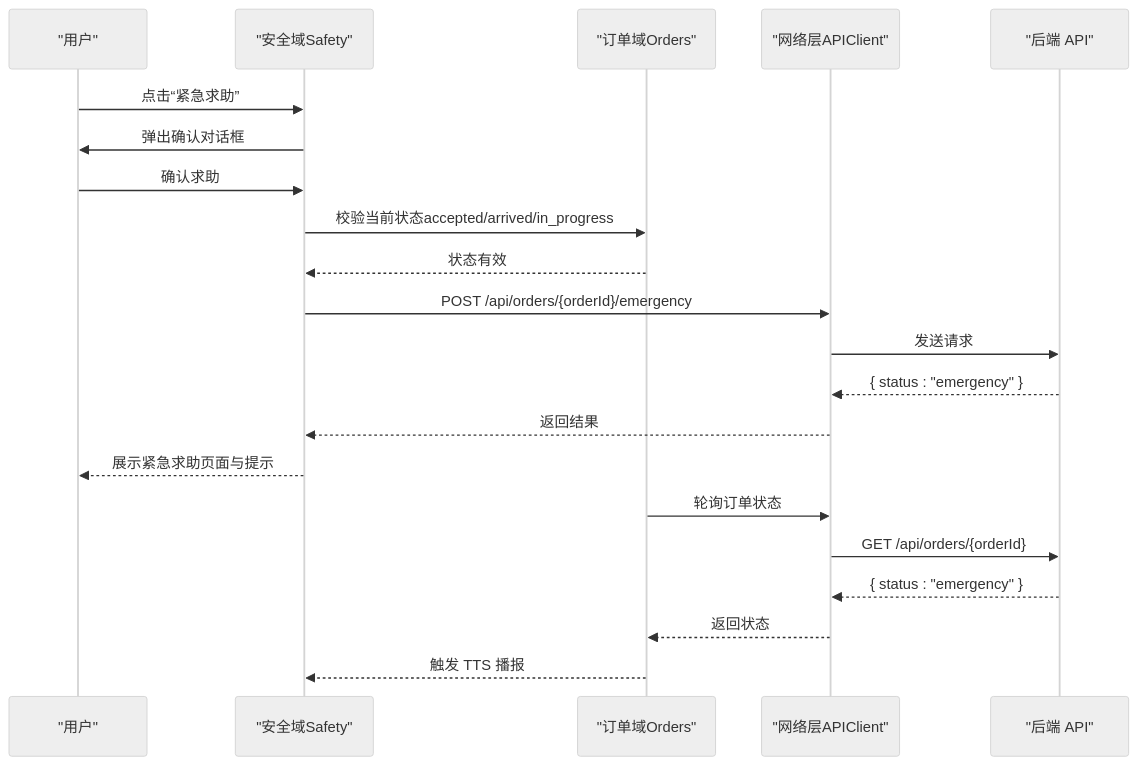
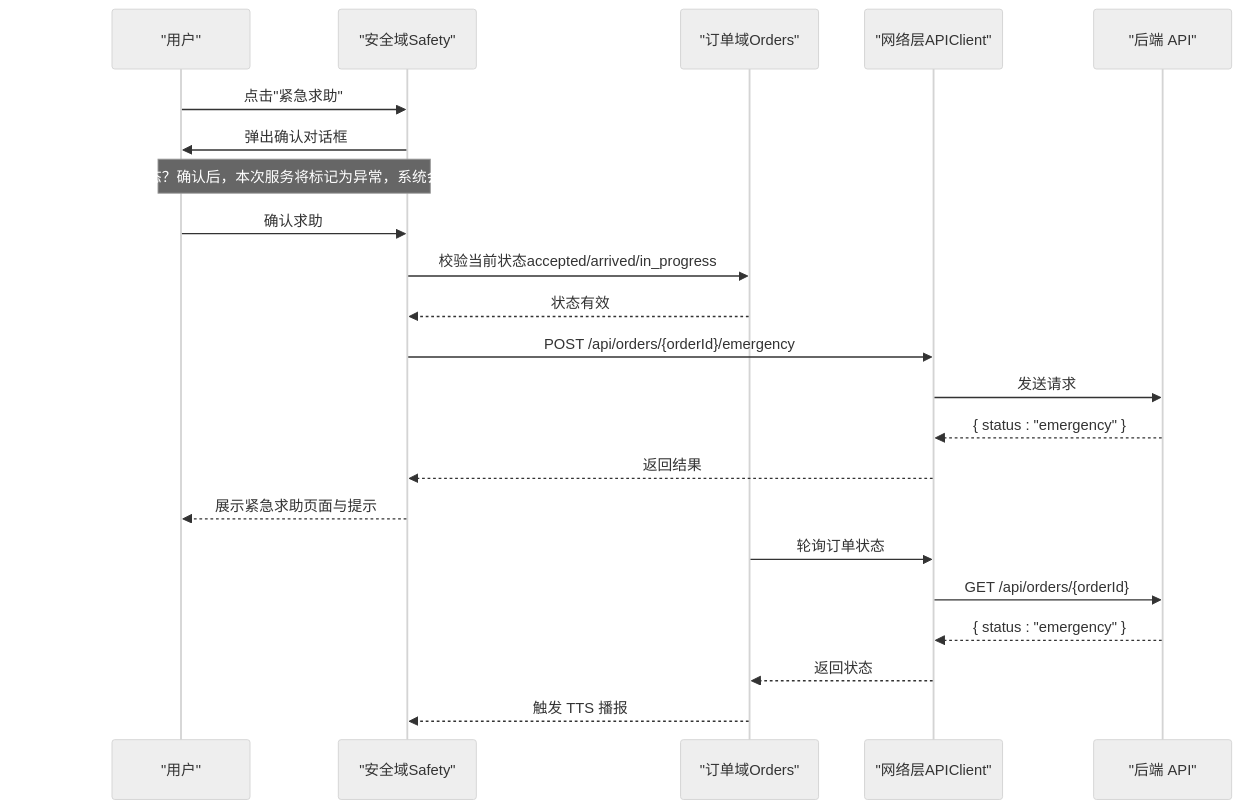
One commit to Jayden23018/blind-run-ios changed the third of 7 diagrams in .qoder/repowiki/zh/content/核心功能模块/安全系统.md. Above: the diagram before and after it, drawn with Mermaid (neutral theme). The commit also changed other lines of this file and 10 other files, not shown here.

````diff
--- a/.qoder/repowiki/zh/content/核心功能模块/安全系统.md
+++ b/.qoder/repowiki/zh/content/核心功能模块/安全系统.md
@@ -117,23 +129,24 @@
 ```mermaid
 sequenceDiagram
 participant U as "用户"
 participant S as "安全域Safety"
 participant O as "订单域Orders"
 participant N as "网络层APIClient"
 participant B as "后端 API"
-U->>S : 点击“紧急求助”
+U->>S : 点击"紧急求助"
 S->>U : 弹出确认对话框
+Note over S,U : "是否确认进入求助状态？确认后，本次服务将标记为异常，系统会记录当前订单状态。"
 U->>S : 确认求助
 S->>O : 校验当前状态accepted/arrived/in_progress
 O-->>S : 状态有效
 S->>N : POST /api/orders/{orderId}/emergency
 N->>B : 发送请求
 B-->>N : { status : "emergency" }
 N-->>S : 返回结果
 S-->>U : 展示紧急求助页面与提示
 O->>N : 轮询订单状态
 N->>B : GET /api/orders/{orderId}
 B-->>N : { status : "emergency" }
 N-->>O : 返回状态
 O-->>S : 触发 TTS 播报
 ```
````
